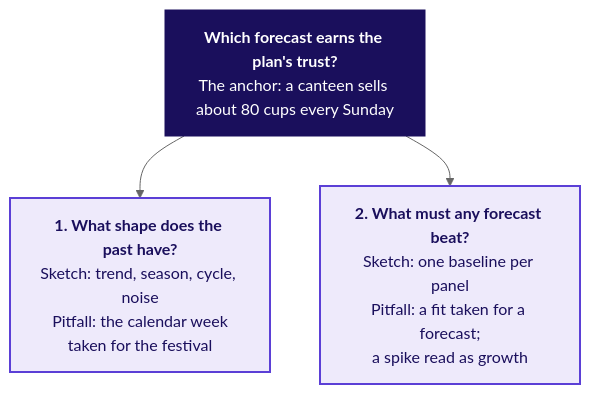
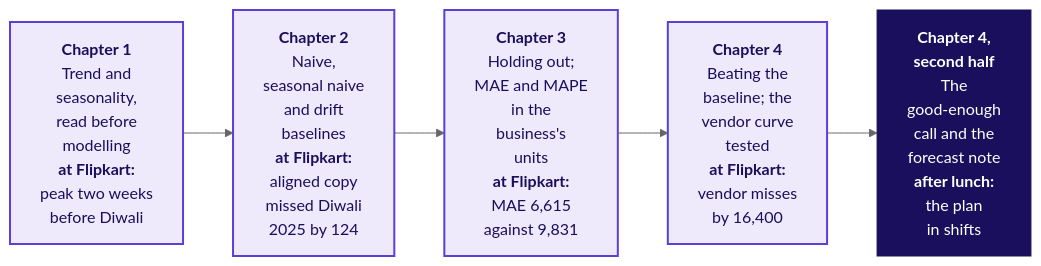
The first of 4 diagrams in content/W04/D5/slides/C2_W04_D05_half2_STUDENT.md (fde-academy-lab/c2-content-factory), drawn with Mermaid (neutral theme) before and after one commit. The commit also changed other lines of this file and 20 other files, not shown here.

````diff
--- a/content/W04/D5/slides/C2_W04_D05_half2_STUDENT.md
+++ b/content/W04/D5/slides/C2_W04_D05_half2_STUDENT.md
@@ -55,10 +12,11 @@
 ```mermaid
-flowchart TB
-    C["<b>Which forecast earns the plan's trust?</b><br/>The anchor: a canteen sells about 80 cups every Sunday"]
-    C --> R1["<b>1. What shape does the past have?</b><br/>Sketch: trend, season, cycle, noise<br/>Pitfall: the calendar week<br/>taken for the festival"]
-    C --> R2["<b>2. What must any forecast beat?</b><br/>Sketch: one baseline per panel<br/>Pitfall: a fit taken for a forecast;<br/>a spike read as growth"]
+flowchart LR
+    T1["<b>Chapter 1</b><br/>Trend and<br/>seasonality,<br/>read before<br/>modelling<br/><b>at Flipkart:</b><br/>peak two weeks<br/>before Diwali"] --> T2["<b>Chapter 2</b><br/>Naive,<br/>seasonal naive<br/>and drift<br/>baselines<br/><b>at Flipkart:</b><br/>aligned copy<br/>missed Diwali<br/>2025 by 124"]
+    T2 --> T3["<b>Chapter 3</b><br/>Holding out;<br/>MAE and MAPE<br/>in the<br/>business's<br/>units<br/><b>at Flipkart:</b><br/>MAE 6,615<br/>against 9,831"]
+    T3 --> T4["<b>Chapter 4</b><br/>Beating the<br/>baseline; the<br/>vendor curve<br/>tested<br/><b>at Flipkart:</b><br/>vendor misses<br/>by 16,400"]
+    T4 --> T5["<b>Chapter 4,</b><br/><b>second half</b><br/>The<br/>good-enough<br/>call and the<br/>forecast note<br/><b>after lunch:</b><br/>the plan<br/>in shifts"]
     classDef lit fill:#1A0F5C,stroke:#1A0F5C,color:#FFFFFF
     classDef known fill:#EEEAFB,stroke:#5B3FD6,color:#1A0F5C,stroke-width:2px
-    class C lit
-    class R1,R2 known
+    class T1,T2,T3,T4 known
+    class T5 lit
 ```
````
